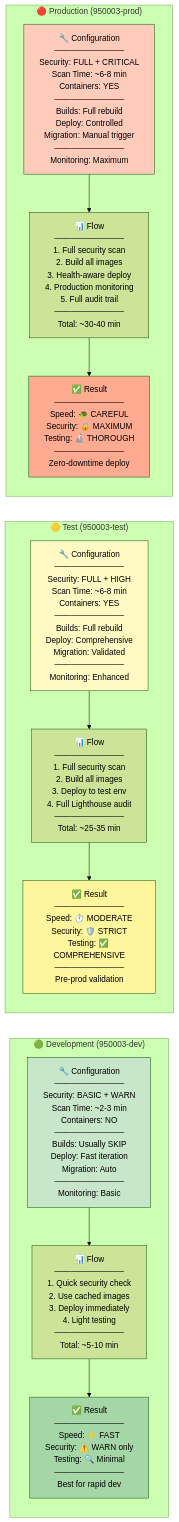
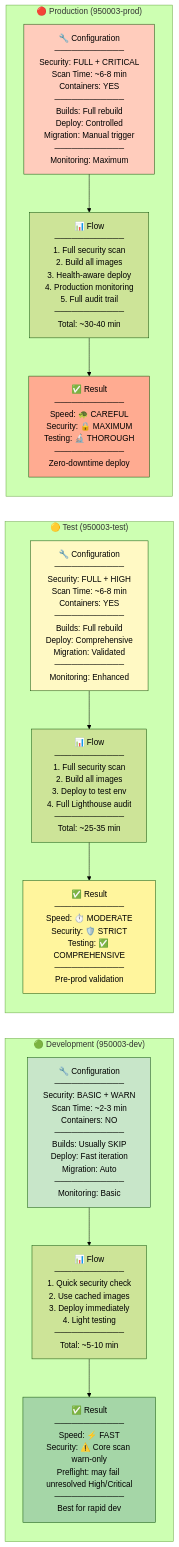
One commit to bcgov/moodle-nginx changed the second of 7 diagrams in .docs/diagrams/build-deployment-flow.md. Above: the diagram before and after it, drawn with Mermaid (forest theme). The commit also changed other lines of this file and 5 other files, not shown here.

````diff
--- a/.docs/diagrams/build-deployment-flow.md
+++ b/.docs/diagrams/build-deployment-flow.md
@@ -169,37 +169,37 @@
 ```mermaid
-flowchart LR
+graph LR
     subgraph "🟢 Development (950003-dev)"
         DevConfig["🔧 Configuration<br/>────────────<br/>Security: BASIC + WARN<br/>Scan Time: ~2-3 min<br/>Containers: NO<br/>────────────<br/>Builds: Usually SKIP<br/>Deploy: Fast iteration<br/>Migration: Auto<br/>────────────<br/>Monitoring: Basic"]
 
         DevFlow["📊 Flow<br/>────────────<br/>1. Quick security check<br/>2. Use cached images<br/>3. Deploy immediately<br/>4. Light testing<br/>────────────<br/>Total: ~5-10 min"]
 
-        DevResult["✅ Result<br/>────────────<br/>Speed: ⚡ FAST<br/>Security: ⚠️ WARN only<br/>Testing: 🔍 Minimal<br/>────────────<br/>Best for rapid dev"]
+        DevResult["✅ Result<br/>────────────<br/>Speed: ⚡ FAST<br/>Security: ⚠️ Core scan warn-only<br/>Preflight: may fail unresolved High/Critical<br/>────────────<br/>Best for rapid dev"]
     end
 
     subgraph "🟡 Test (950003-test)"
         TestConfig["🔧 Configuration<br/>────────────<br/>Security: FULL + HIGH<br/>Scan Time: ~6-8 min<br/>Containers: YES<br/>────────────<br/>Builds: Full rebuild<br/>Deploy: Comprehensive<br/>Migration: Validated<br/>────────────<br/>Monitoring: Enhanced"]
 
         TestFlow["📊 Flow<br/>────────────<br/>1. Full security scan<br/>2. Build all images<br/>3. Deploy to test env<br/>4. Full Lighthouse audit<br/>────────────<br/>Total: ~25-35 min"]
 
         TestResult["✅ Result<br/>────────────<br/>Speed: ⏱️ MODERATE<br/>Security: 🛡️ STRICT<br/>Testing: ✅ COMPREHENSIVE<br/>────────────<br/>Pre-prod validation"]
     end
 
     subgraph "🔴 Production (950003-prod)"
         ProdConfig["🔧 Configuration<br/>────────────<br/>Security: FULL + CRITICAL<br/>Scan Time: ~6-8 min<br/>Containers: YES<br/>────────────<br/>Builds: Full rebuild<br/>Deploy: Controlled<br/>Migration: Manual trigger<br/>────────────<br/>Monitoring: Maximum"]
 
         ProdFlow["📊 Flow<br/>────────────<br/>1. Full security scan<br/>2. Build all images<br/>3. Health-aware deploy<br/>4. Production monitoring<br/>5. Full audit trail<br/>────────────<br/>Total: ~30-40 min"]
 
         ProdResult["✅ Result<br/>────────────<br/>Speed: 🐢 CAREFUL<br/>Security: 🔒 MAXIMUM<br/>Testing: 🔬 THOROUGH<br/>────────────<br/>Zero-downtime deploy"]
     end
 
     DevConfig --> DevFlow --> DevResult
     TestConfig --> TestFlow --> TestResult
     ProdConfig --> ProdFlow --> ProdResult
 
     style DevConfig fill:#c8e6c9
     style TestConfig fill:#fff9c4
     style ProdConfig fill:#ffccbc
     style DevResult fill:#a5d6a7
     style TestResult fill:#fff59d
     style ProdResult fill:#ffab91
 ```
````
